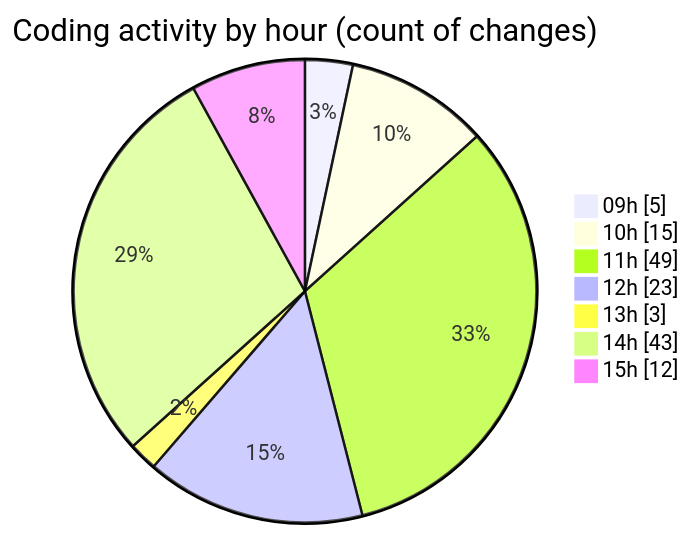
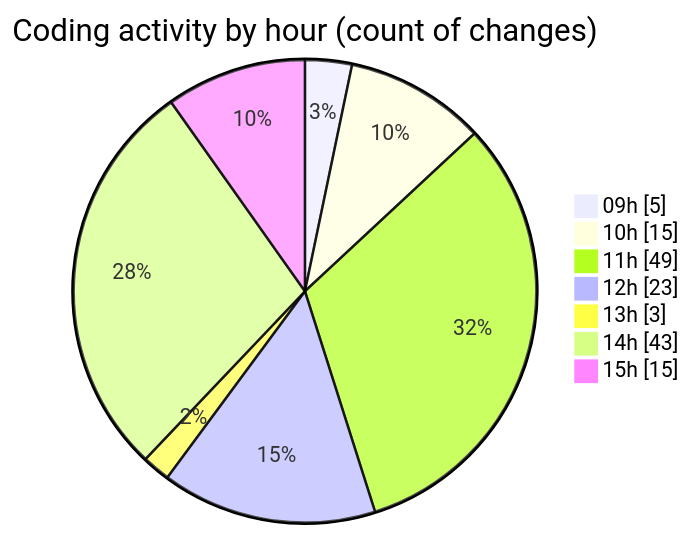
Before and after one commit to CELIANVF/code-tracking: the second of 2 diagrams in 2025-06-13/ecodeli-1/README.md, drawn with Mermaid. The commit also changed other lines of this file and 1 other file, not shown here.

````diff
--- a/2025-06-13/ecodeli-1/README.md
+++ b/2025-06-13/ecodeli-1/README.md
@@ -60,11 +61,11 @@
 ```mermaid
 pie showData
 title Coding activity by hour (count of changes)
 "09h" : 5
 "10h" : 15
 "11h" : 49
 "12h" : 23
 "13h" : 3
 "14h" : 43
-"15h" : 12
+"15h" : 15
 ```
````
